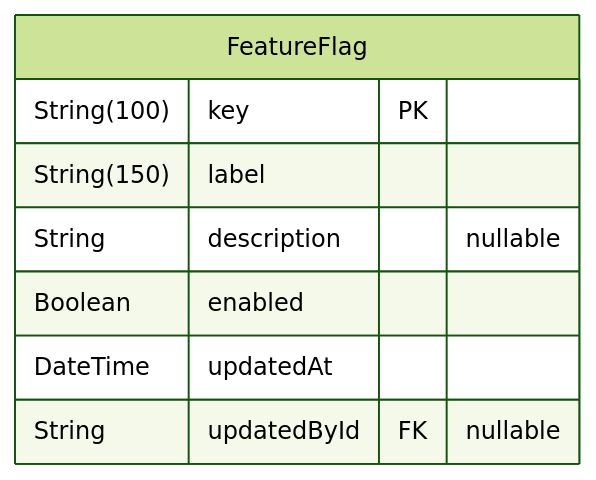
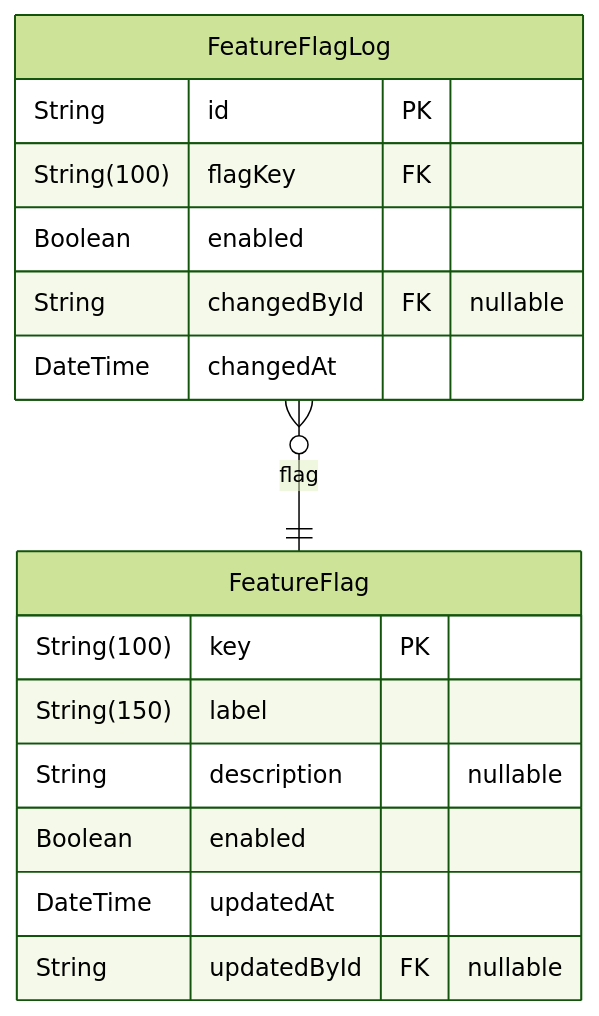
The fifth of 15 diagrams in backend/prisma/docs/schema.md (dnum-mi/referentiel-applications), drawn with Mermaid (forest theme) before and after one commit. The commit also changed other lines of this file and 16 other files, not shown here.

First line of the commit message:
feat(feature-flag): resolve the remaining trade-offs

````diff
--- a/backend/prisma/docs/schema.md
+++ b/backend/prisma/docs/schema.md
@@ -536,11 +536,19 @@
 ```mermaid
 erDiagram
 "FeatureFlag" {
   String(100) key PK
   String(150) label
   String description "nullable"
   Boolean enabled
   DateTime updatedAt
   String updatedById FK "nullable"
 }
+"FeatureFlagLog" {
+  String id PK
+  String(100) flagKey FK
+  Boolean enabled
+  String changedById FK "nullable"
+  DateTime changedAt
+}
+"FeatureFlagLog" }o--|| "FeatureFlag" : flag
 ```
````
